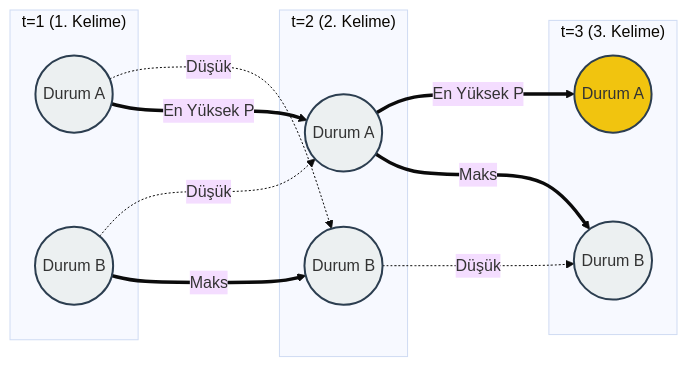
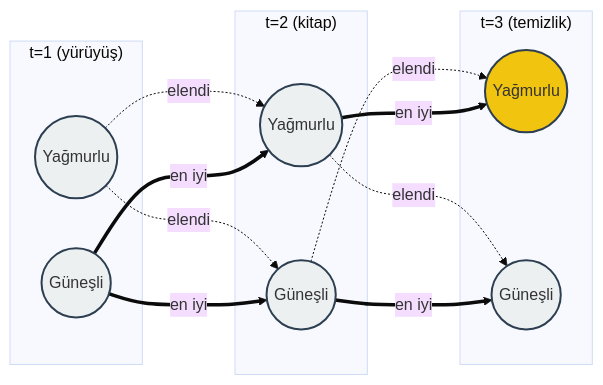
The third of 3 diagrams in Hidden_Markov_Models.md (erkanozhan/AI_and_Machine_Learning_Tech), drawn with Mermaid (base theme) before and after one commit. The commit also changed other lines of this file and 16 other files, not shown here.

````diff
--- a/Hidden_Markov_Models.md
+++ b/Hidden_Markov_Models.md
@@ -82,29 +269,30 @@
 ```mermaid
 graph LR
-    subgraph t1 ["t=1 (1. Kelime)"]
-        S1_1(("Durum A"))
-        S2_1(("Durum B"))
+    subgraph t1 ["t=1 (yürüyüş)"]
+        Y1(("Yağmurlu"))
+        G1(("Güneşli"))
     end
 
-    subgraph t2 ["t=2 (2. Kelime)"]
-        S1_2(("Durum A"))
-        S2_2(("Durum B"))
+    subgraph t2 ["t=2 (kitap)"]
+        Y2(("Yağmurlu"))
+        G2(("Güneşli"))
     end
 
-    subgraph t3 ["t=3 (3. Kelime)"]
-        S1_3(("Durum A"))
-        S2_3(("Durum B"))
+    subgraph t3 ["t=3 (temizlik)"]
+        Y3(("Yağmurlu"))
+        G3(("Güneşli"))
     end
-    
-    S1_1 -. "Düşük" .-> S2_2
-    S2_1 -. "Düşük" .-> S1_2
-    S2_2 -. "Düşük" .-> S2_3
-    
-    S1_1 == "En Yüksek P" ==> S1_2
-    S1_2 == "En Yüksek P" ==> S1_3
-    S2_1 == "Maks" ==> S2_2
-    S1_2 == "Maks" ==> S2_3
-    
-    style S1_3 fill:#f1c40f,stroke:#2c3e50,stroke-width:2px
+
+    Y1 -. "elendi" .-> Y2
+    Y1 -. "elendi" .-> G2
+    G2 -. "elendi" .-> Y3
+    Y2 -. "elendi" .-> G3
+
+    G1 == "en iyi" ==> Y2
+    G1 == "en iyi" ==> G2
+    Y2 == "en iyi" ==> Y3
+    G2 == "en iyi" ==> G3
+
+    style Y3 fill:#f1c40f,stroke:#2c3e50,stroke-width:2px
     classDef default fill:#ecf0f1,stroke:#2c3e50,stroke-width:2px;
 ```
````
